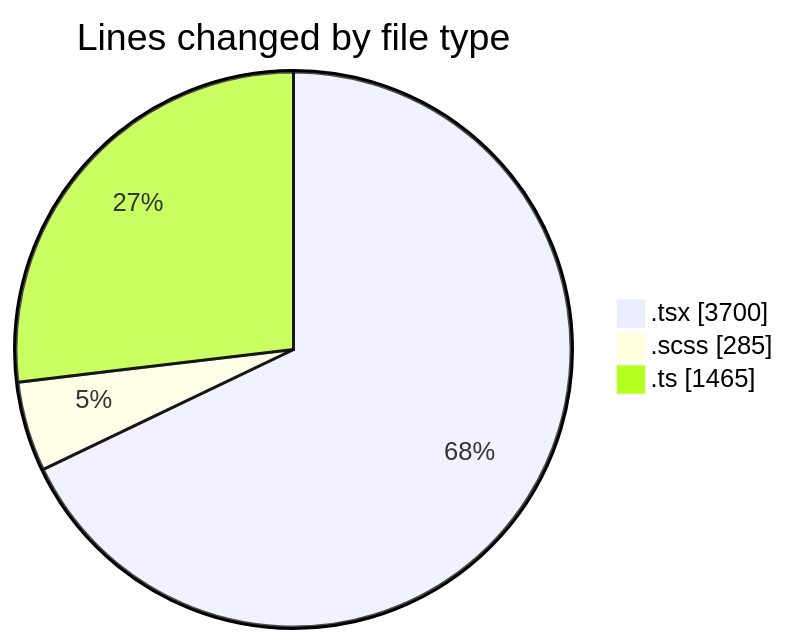
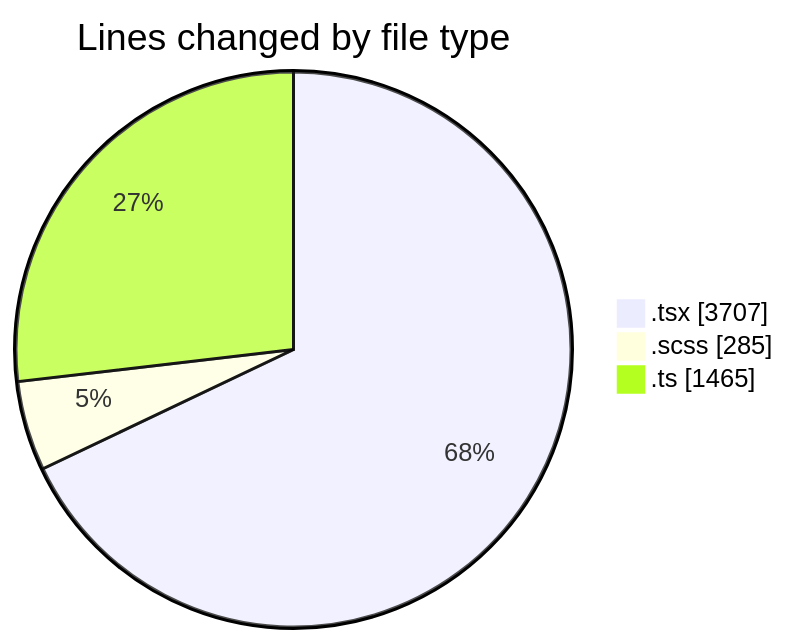
One commit to momahboobian/code-tracking changed the first of 2 diagrams in 2026-02-25/cda/README.md. Above: the diagram before and after it, drawn with Mermaid. The commit also changed other lines of this file and 1 other file, not shown here.

````diff
--- a/2026-02-25/cda/README.md
+++ b/2026-02-25/cda/README.md
@@ -26,7 +26,7 @@
 ```mermaid
 pie showData
 title Lines changed by file type
-".tsx" : 3700
+".tsx" : 3707
 ".scss" : 285
 ".ts" : 1465
 ```
````
